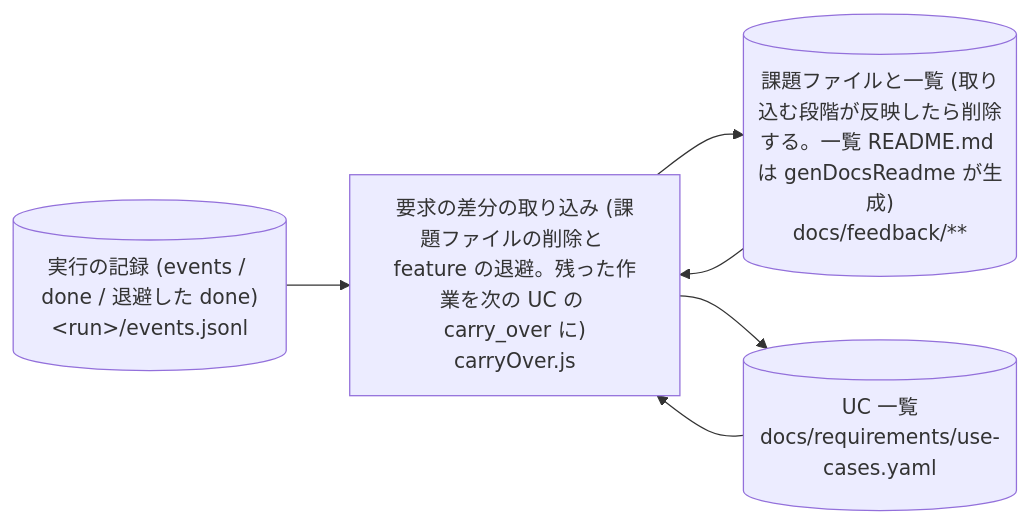
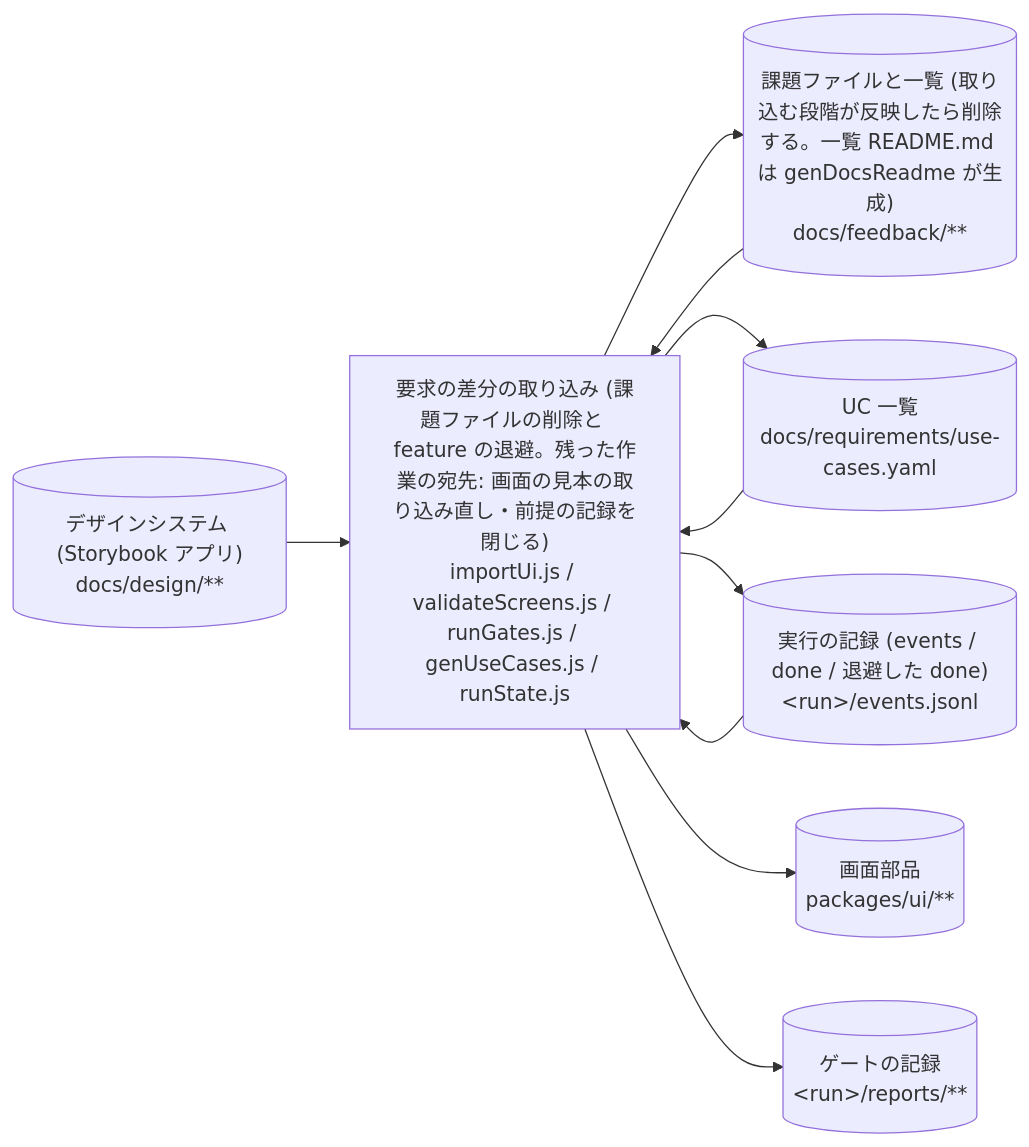
One commit to suwa-sh/suwa-sh-claude-plugins changed the fifth of 48 diagrams in plugins/distillery2/skills/d2-common/references/dataflow.md. Above: the diagram before and after it, drawn with Mermaid. The commit also changed other lines of this file and 31 other files, not shown here.

````diff
--- a/plugins/distillery2/skills/d2-common/references/dataflow.md
+++ b/plugins/distillery2/skills/d2-common/references/dataflow.md
@@ -179,12 +180,19 @@
 ```mermaid
 flowchart LR
-  p_run_req_diff["要求の差分の取り込み (課題ファイルの削除と feature の退避。残った作業を次の UC の carry_over に)<br/>carryOver.js"]
+  p_run_req_diff["要求の差分の取り込み (課題ファイルの削除と feature の退避。残った作業の宛先: 画面の見本の取り込み直し・前提の記録を閉じる)<br/>importUi.js / validateScreens.js / runGates.js / genUseCases.js / runState.js"]
   s_feedback_docs[("課題ファイルと一覧 (取り込む段階が反映したら削除する。一覧 README.md は genDocsReadme が生成)<br/>docs/feedback/**")]
   s_run_events[("実行の記録 (events / done / 退避した done)<br/>#lt;run#gt;/events.jsonl")]
   s_use_cases[("UC 一覧<br/>docs/requirements/use-cases.yaml")]
+  s_design[("デザインシステム (Storybook アプリ)<br/>docs/design/**")]
+  s_ui[("画面部品<br/>packages/ui/**")]
+  s_reports[("ゲートの記録<br/>#lt;run#gt;/reports/**")]
   s_feedback_docs --> p_run_req_diff
   s_run_events --> p_run_req_diff
   s_use_cases --> p_run_req_diff
+  s_design --> p_run_req_diff
   p_run_req_diff --> s_feedback_docs
   p_run_req_diff --> s_use_cases
+  p_run_req_diff --> s_run_events
+  p_run_req_diff --> s_ui
+  p_run_req_diff --> s_reports
 ```
````
